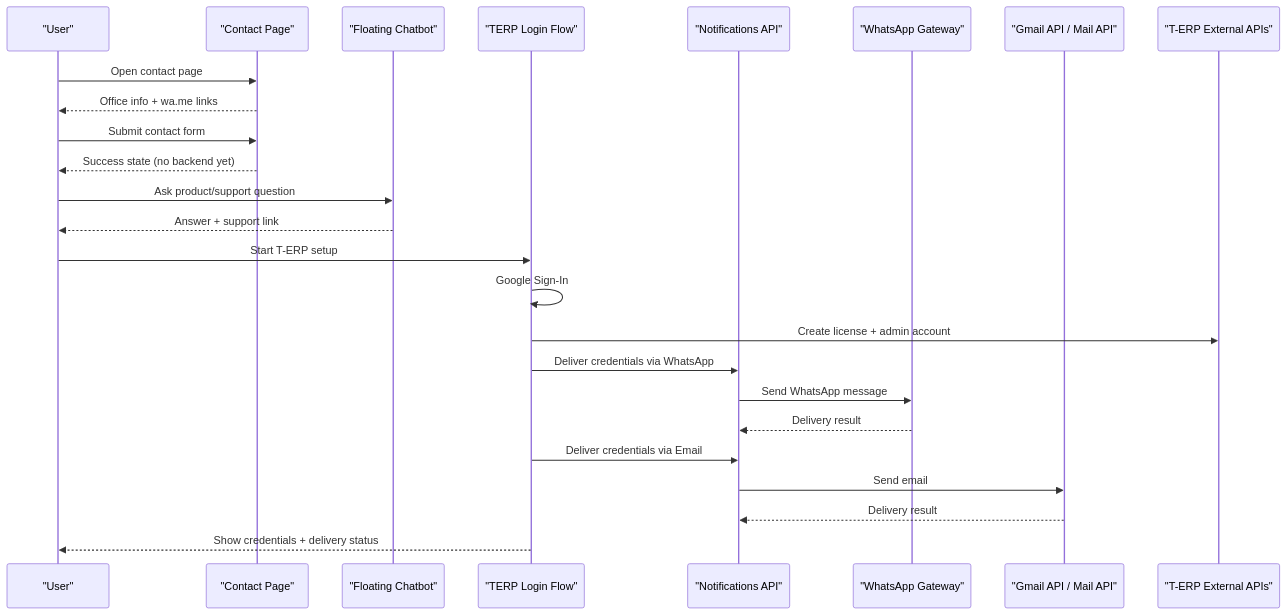
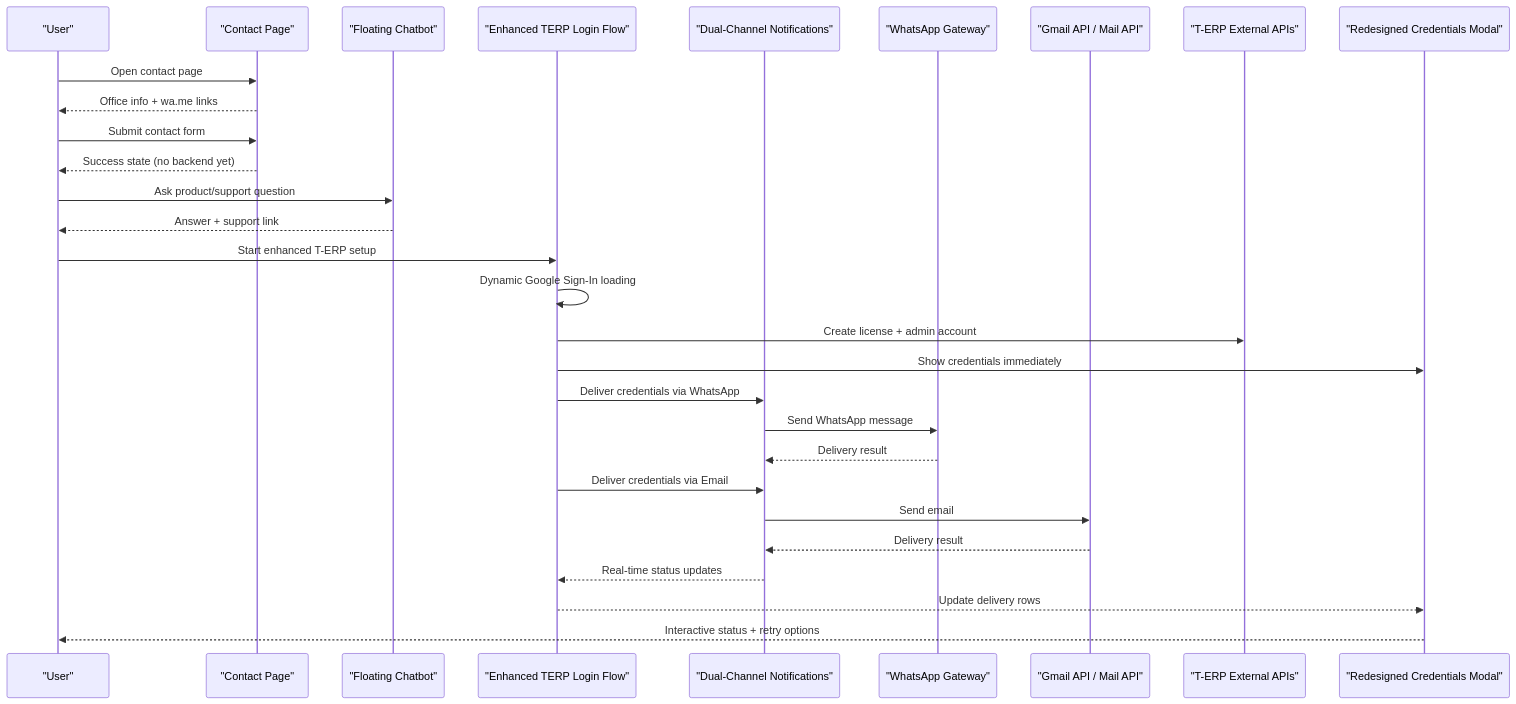
One commit to imcbsglobal/TRELLISCO_ERP_FRONTEND changed the second of 8 diagrams in .qoder/repowiki/en/content/Public Website Features/Contact Integration.md. Above: the diagram before and after it, drawn with Mermaid. The commit also changed other lines of this file and 15 other files, not shown here.

````diff
--- a/.qoder/repowiki/en/content/Public Website Features/Contact Integration.md
+++ b/.qoder/repowiki/en/content/Public Website Features/Contact Integration.md
@@ -90,27 +103,31 @@
 ```mermaid
 sequenceDiagram
 participant User as "User"
 participant Contact as "Contact Page"
 participant Chatbot as "Floating Chatbot"
-participant TERP as "TERP Login Flow"
-participant Notif as "Notifications API"
+participant TERP as "Enhanced TERP Login Flow"
+participant Notif as "Dual-Channel Notifications"
 participant WA as "WhatsApp Gateway"
 participant Mail as "Gmail API / Mail API"
 participant ERP as "T-ERP External APIs"
+participant Modal as "Redesigned Credentials Modal"
 User->>Contact : Open contact page
 Contact-->>User : Office info + wa.me links
 User->>Contact : Submit contact form
 Contact-->>User : Success state (no backend yet)
 User->>Chatbot : Ask product/support question
 Chatbot-->>User : Answer + support link
-User->>TERP : Start T-ERP setup
-TERP->>TERP : Google Sign-In
+User->>TERP : Start enhanced T-ERP setup
+TERP->>TERP : Dynamic Google Sign-In loading
 TERP->>ERP : Create license + admin account
+TERP->>Modal : Show credentials immediately
 TERP->>Notif : Deliver credentials via WhatsApp
 Notif->>WA : Send WhatsApp message
 WA-->>Notif : Delivery result
 TERP->>Notif : Deliver credentials via Email
 Notif->>Mail : Send email
 Mail-->>Notif : Delivery result
-TERP-->>User : Show credentials + delivery status
+Notif-->>TERP : Real-time status updates
+TERP-->>Modal : Update delivery rows
+Modal-->>User : Interactive status + retry options
 ```
````
